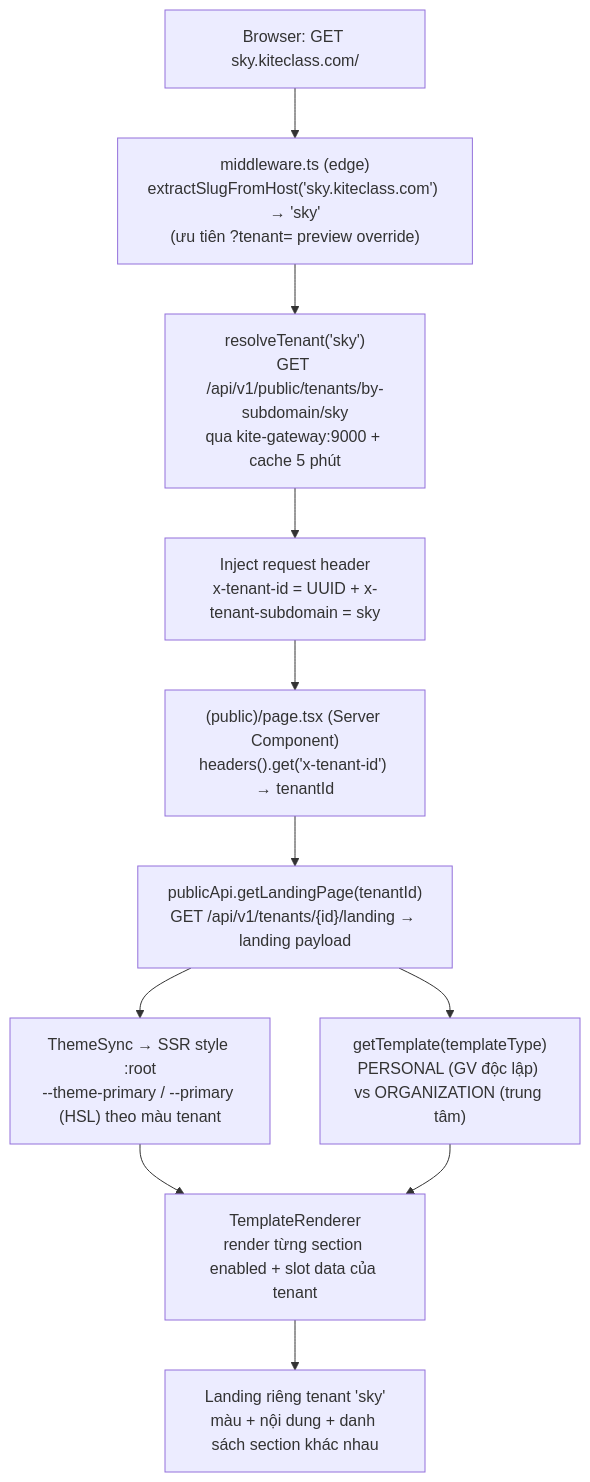
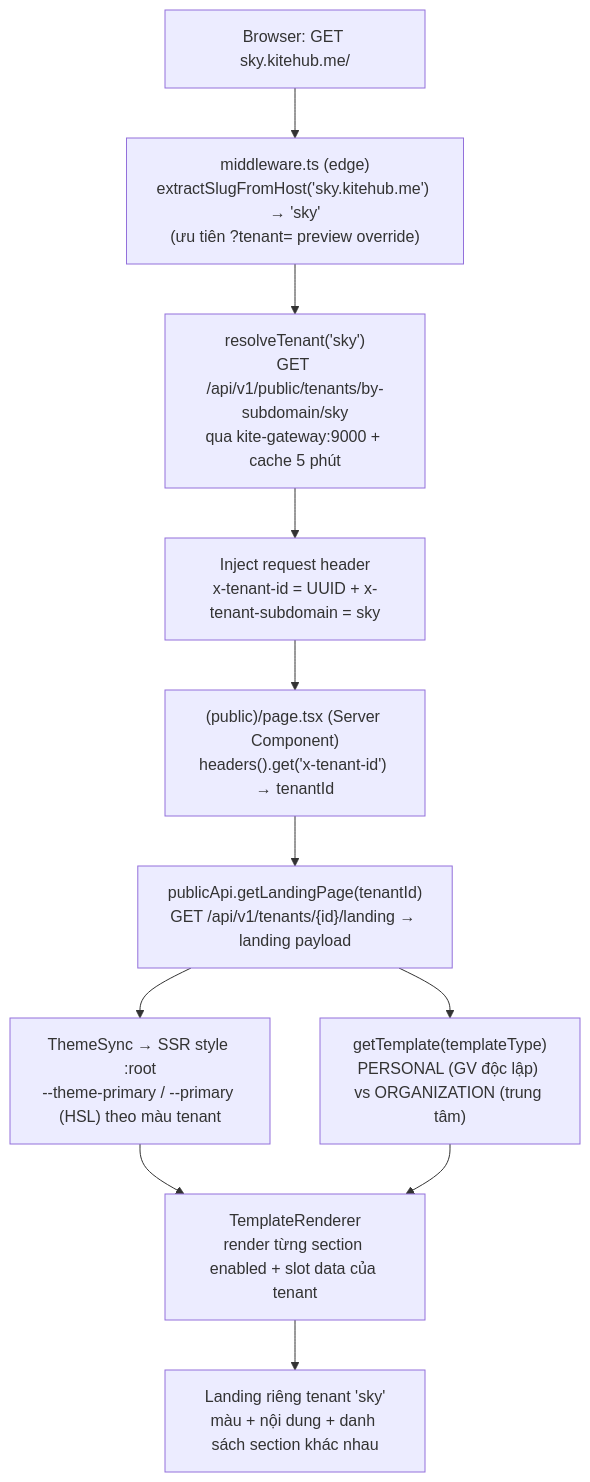
One commit to VictorAurelius/2026-Kite-Class-Platform changed the third of 3 diagrams in documents/02-architecture/tenant-domain-landing-architecture.md. Above: the diagram before and after it, drawn with Mermaid. The commit also changed other lines of this file and 278 other files, not shown here.

First line of the commit message:
fix(domain): sweep stale kiteclass.vn/.com → canonical kitehub.me ({slug}.kitehub.me tenant) + CI detector (GAP-1241) (#2374)

````diff
--- a/documents/02-architecture/tenant-domain-landing-architecture.md
+++ b/documents/02-architecture/tenant-domain-landing-architecture.md
@@ -117,24 +117,24 @@
 ```mermaid
 flowchart TD
-    Req["Browser: GET sky.kiteclass.com/"]
-    MW["middleware.ts (edge)<br/>extractSlugFromHost('sky.kiteclass.com') → 'sky'<br/>(ưu tiên ?tenant= preview override)"]
+    Req["Browser: GET sky.kitehub.me/"]
+    MW["middleware.ts (edge)<br/>extractSlugFromHost('sky.kitehub.me') → 'sky'<br/>(ưu tiên ?tenant= preview override)"]
     Resolve["resolveTenant('sky')<br/>GET /api/v1/public/tenants/by-subdomain/sky<br/>qua kite-gateway:9000 + cache 5 phút"]
     Inject["Inject request header<br/>x-tenant-id = UUID + x-tenant-subdomain = sky"]
     Page["(public)/page.tsx (Server Component)<br/>headers().get('x-tenant-id') → tenantId"]
     Data["publicApi.getLandingPage(tenantId)<br/>GET /api/v1/tenants/{id}/landing → landing payload"]
     Theme["ThemeSync → SSR style :root<br/>--theme-primary / --primary (HSL) theo màu tenant"]
     Tmpl["getTemplate(templateType)<br/>PERSONAL (GV độc lập) vs ORGANIZATION (trung tâm)"]
     Render["TemplateRenderer<br/>render từng section enabled + slot data của tenant"]
     Landing["Landing riêng tenant 'sky'<br/>màu + nội dung + danh sách section khác nhau"]
 
     Req --> MW
     MW --> Resolve
     Resolve --> Inject
     Inject --> Page
     Page --> Data
     Data --> Theme
     Data --> Tmpl
     Theme --> Render
     Tmpl --> Render
     Render --> Landing
 ```
````
